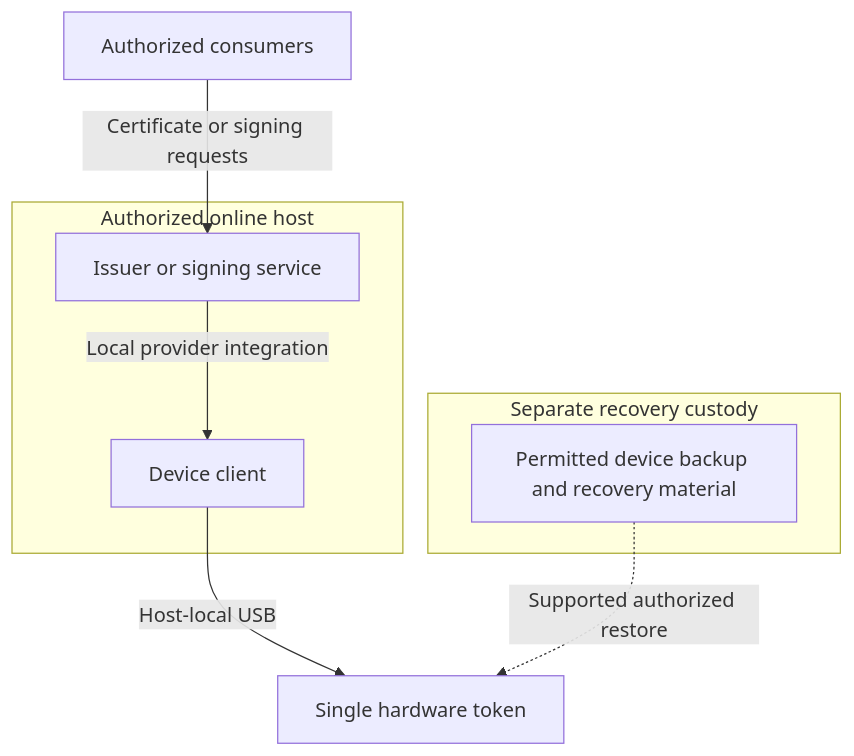
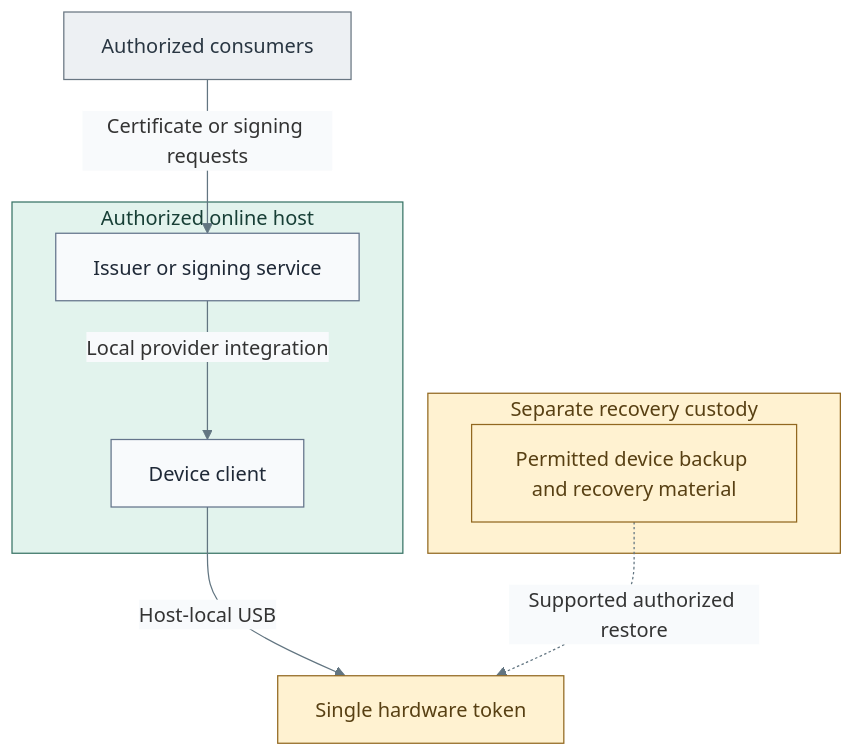
Before and after one commit to Rexus/homelab: the second of 4 diagrams in docs/architecture/cryptography/hsm-selection.md, drawn with Mermaid. The commit also changed other lines of this file and 49 other files, not shown here.

Commit message:
docs(diagrams): clarify tier layouts and visual styles

````diff
--- a/docs/architecture/cryptography/hsm-selection.md
+++ b/docs/architecture/cryptography/hsm-selection.md
@@ -68,12 +76,20 @@
 ```mermaid
+%%{init: {"theme":"base","themeVariables":{"lineColor":"#627581","edgeLabelBackground":"#f8fafc"}}}%%
 flowchart TB
   Consumers["Authorized consumers"] -->|Certificate or signing requests| Service
   subgraph Host["Authorized online host"]
     Service["Issuer or signing service"] -->|Local provider integration| Client["Device client"]
   end
   Client -->|Host-local USB| Token["Single hardware token"]
   subgraph Custody["Separate recovery custody"]
     Recovery["Permitted device backup and recovery material"]
   end
   Recovery -. "Supported authorized restore" .-> Token
+  classDef default fill:#f8fafc,stroke:#64748b,color:#1f2937
+  classDef actor fill:#edf0f3,stroke:#697682,color:#293642
+  classDef control fill:#e2f3ed,stroke:#397366,color:#173f36
+  classDef custody fill:#fff2d1,stroke:#926820,color:#584013
+  class Consumers actor
+  class Host control
+  class Custody,Recovery,Token custody
 ```
````
